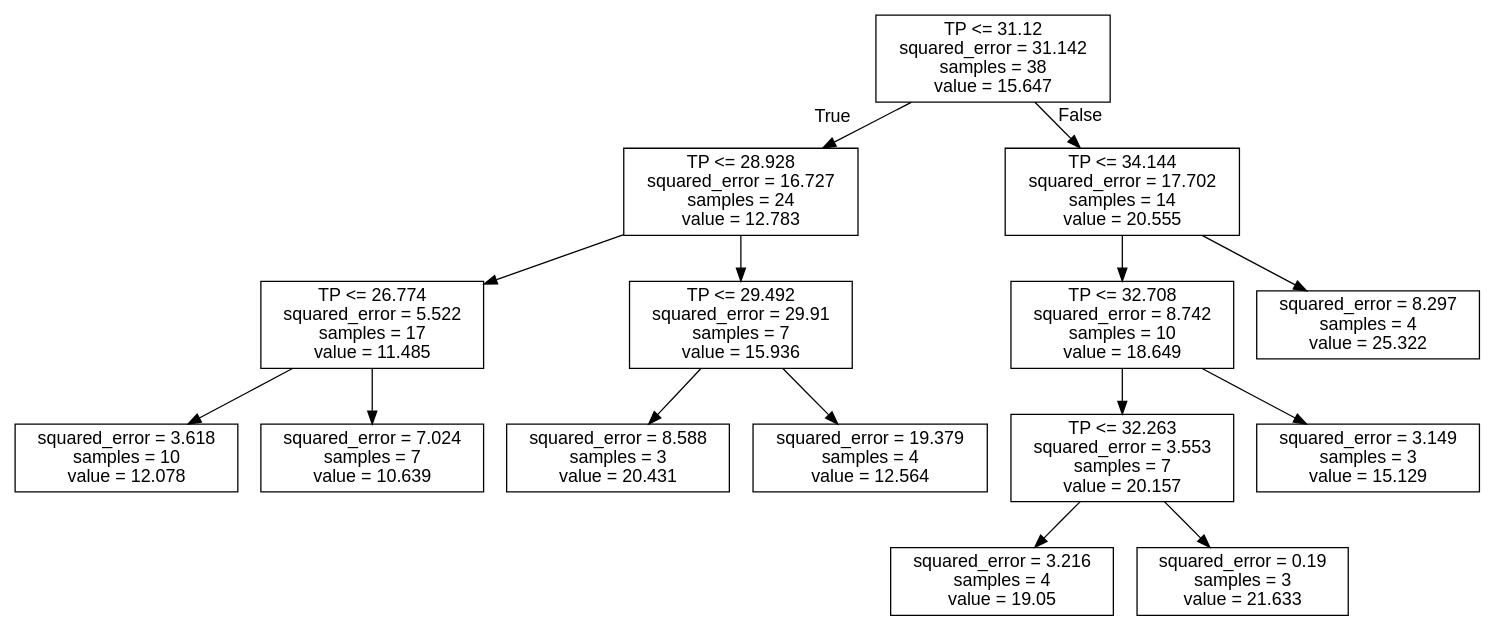
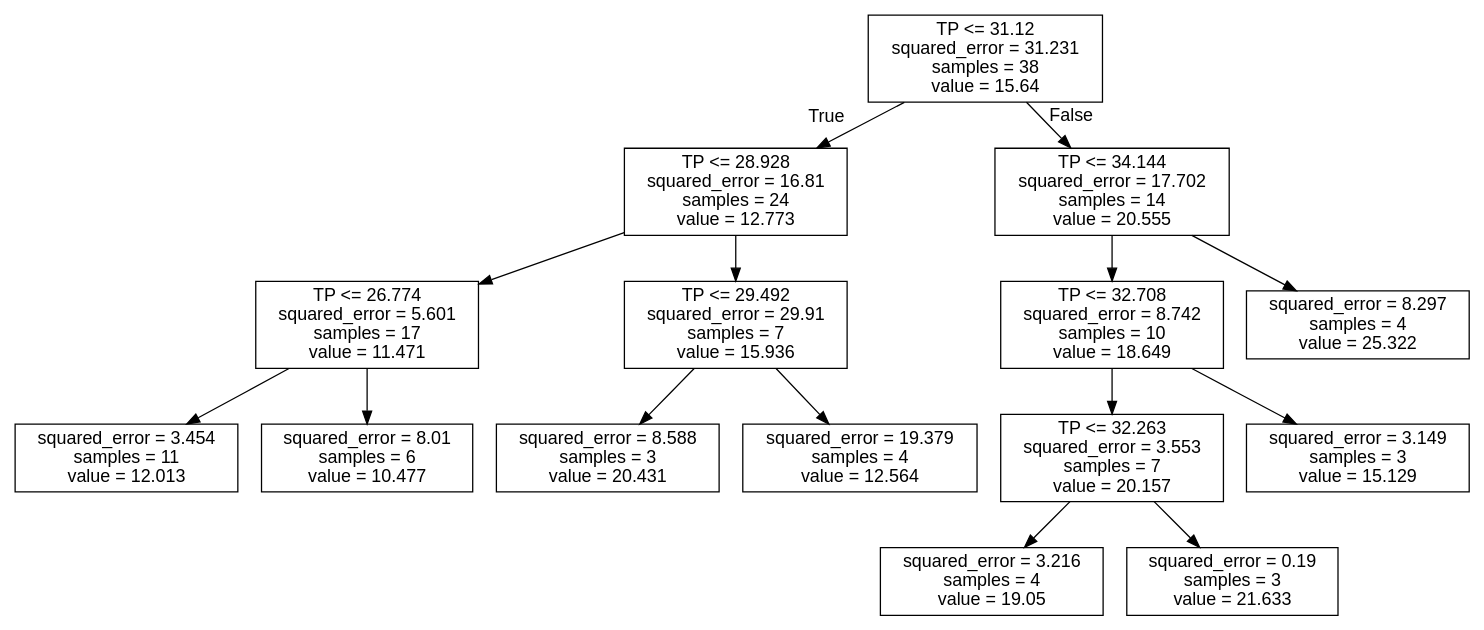
The diagram in Figures/Discretization_regTrees/DotFiles/6Mseasons_chla-TP.dot (LeahJB/gbn-vansjo), drawn with Graphviz before and after one commit. The commit also changed 97 other files, not shown here.

```diff
--- a/Figures/Discretization_regTrees/DotFiles/6Mseasons_chla-TP.dot
+++ b/Figures/Discretization_regTrees/DotFiles/6Mseasons_chla-TP.dot
@@ -1,33 +1,33 @@
 digraph Tree {
 node [shape=box, fontname="helvetica"] ;
 edge [fontname="helvetica"] ;
-0 [label="TP <= 31.12\nsquared_error = 31.142\nsamples = 38\nvalue = 15.647"] ;
-1 [label="TP <= 28.928\nsquared_error = 16.727\nsamples = 24\nvalue = 12.783"] ;
+0 [label="TP <= 31.12\nsquared_error = 31.231\nsamples = 38\nvalue = 15.64"] ;
+1 [label="TP <= 28.928\nsquared_error = 16.81\nsamples = 24\nvalue = 12.773"] ;
 0 -> 1 [labeldistance=2.5, labelangle=45, headlabel="True"] ;
-5 [label="TP <= 26.774\nsquared_error = 5.522\nsamples = 17\nvalue = 11.485"] ;
+5 [label="TP <= 26.774\nsquared_error = 5.601\nsamples = 17\nvalue = 11.471"] ;
 1 -> 5 ;
-13 [label="squared_error = 3.618\nsamples = 10\nvalue = 12.078"] ;
+13 [label="squared_error = 3.454\nsamples = 11\nvalue = 12.013"] ;
 5 -> 13 ;
-14 [label="squared_error = 7.024\nsamples = 7\nvalue = 10.639"] ;
+14 [label="squared_error = 8.01\nsamples = 6\nvalue = 10.477"] ;
 5 -> 14 ;
 6 [label="TP <= 29.492\nsquared_error = 29.91\nsamples = 7\nvalue = 15.936"] ;
 1 -> 6 ;
 7 [label="squared_error = 8.588\nsamples = 3\nvalue = 20.431"] ;
 6 -> 7 ;
 8 [label="squared_error = 19.379\nsamples = 4\nvalue = 12.564"] ;
 6 -> 8 ;
 2 [label="TP <= 34.144\nsquared_error = 17.702\nsamples = 14\nvalue = 20.555"] ;
 0 -> 2 [labeldistance=2.5, labelangle=-45, headlabel="False"] ;
 3 [label="TP <= 32.708\nsquared_error = 8.742\nsamples = 10\nvalue = 18.649"] ;
 2 -> 3 ;
 9 [label="TP <= 32.263\nsquared_error = 3.553\nsamples = 7\nvalue = 20.157"] ;
 3 -> 9 ;
 11 [label="squared_error = 3.216\nsamples = 4\nvalue = 19.05"] ;
 9 -> 11 ;
 12 [label="squared_error = 0.19\nsamples = 3\nvalue = 21.633"] ;
 9 -> 12 ;
 10 [label="squared_error = 3.149\nsamples = 3\nvalue = 15.129"] ;
 3 -> 10 ;
 4 [label="squared_error = 8.297\nsamples = 4\nvalue = 25.322"] ;
 2 -> 4 ;
 }
```
